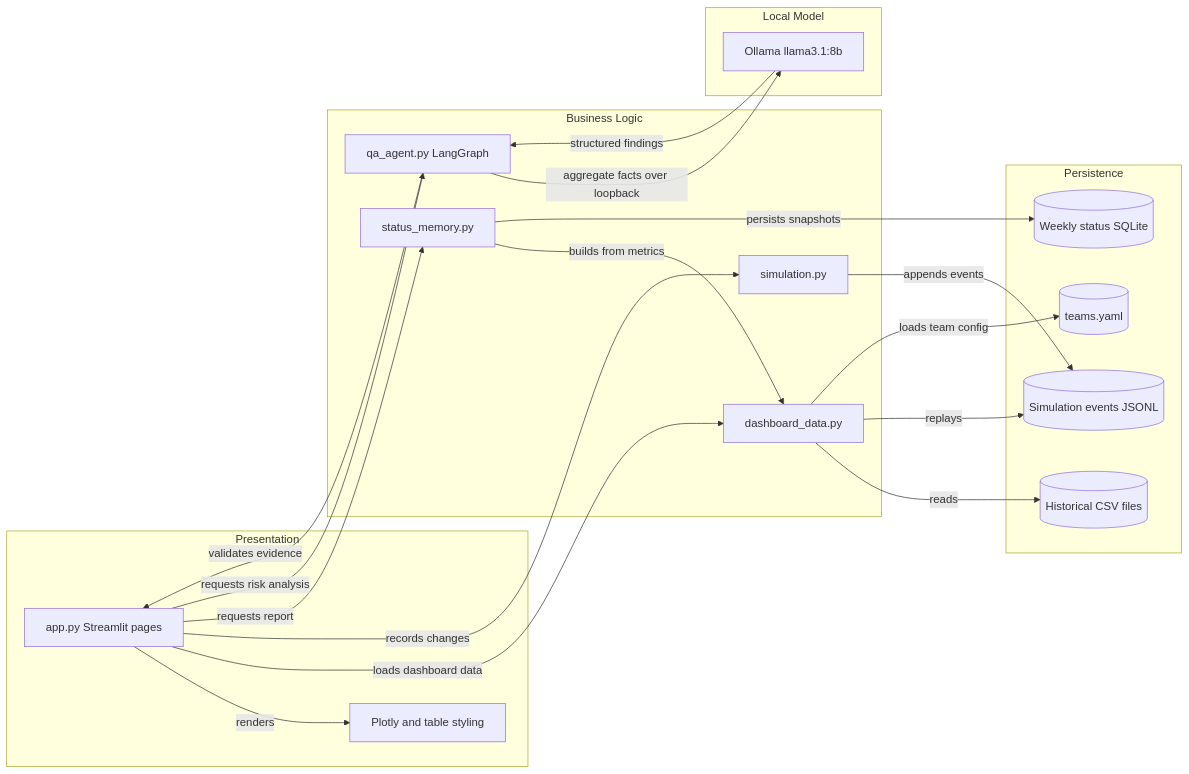
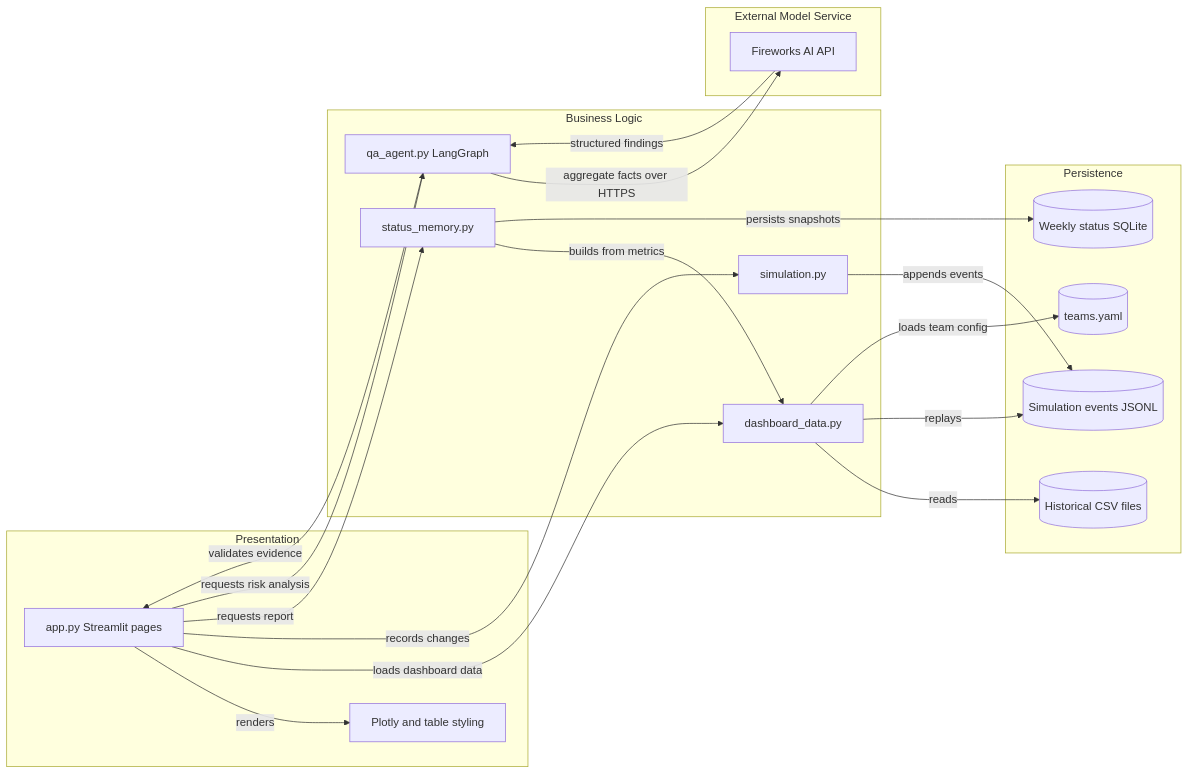
One commit to seema-srm/testpulse-ai changed the third of 3 diagrams in .github/modernize/assessment/engines/facts/architecture-diagram.md. Above: the diagram before and after it, drawn with Mermaid. The commit also changed other lines of this file and 11 other files, not shown here.

First line of the commit message:
Replace Ollama with Fireworks AI

````diff
--- a/.github/modernize/assessment/engines/facts/architecture-diagram.md
+++ b/.github/modernize/assessment/engines/facts/architecture-diagram.md
@@ -127,37 +127,37 @@
 ```mermaid
 flowchart LR
     subgraph ComponentsUI["Presentation"]
         cApp["app.py Streamlit pages"]
         cCharts["Plotly and table styling"]
     end
     subgraph ComponentsLogic["Business Logic"]
         cData["dashboard_data.py"]
         cSim["simulation.py"]
         cMemory["status_memory.py"]
         cAgent["qa_agent.py LangGraph"]
     end
     subgraph ComponentsStorage["Persistence"]
         cCsv[("Historical CSV files")]
         cJsonl[("Simulation events JSONL")]
         cSqlite[("Weekly status SQLite")]
         cYaml[("teams.yaml")]
     end
-    subgraph ComponentsModel["Local Model"]
-        cOllama["Ollama llama3.1:8b"]
+    subgraph ComponentsModel["External Model Service"]
+        cFireworks["Fireworks AI API"]
     end
 
     cApp -->|"renders"| cCharts
     cApp -->|"loads dashboard data"| cData
     cData -->|"reads"| cCsv
     cData -->|"replays"| cJsonl
     cData -->|"loads team config"| cYaml
     cApp -->|"records changes"| cSim
     cSim -->|"appends events"| cJsonl
     cApp -->|"requests report"| cMemory
     cMemory -->|"builds from metrics"| cData
     cMemory -->|"persists snapshots"| cSqlite
     cApp -->|"requests risk analysis"| cAgent
-    cAgent -->|"aggregate facts over loopback"| cOllama
-    cOllama -->|"structured findings"| cAgent
+    cAgent -->|"aggregate facts over HTTPS"| cFireworks
+    cFireworks -->|"structured findings"| cAgent
     cAgent -->|"validates evidence"| cApp
 ```
````
